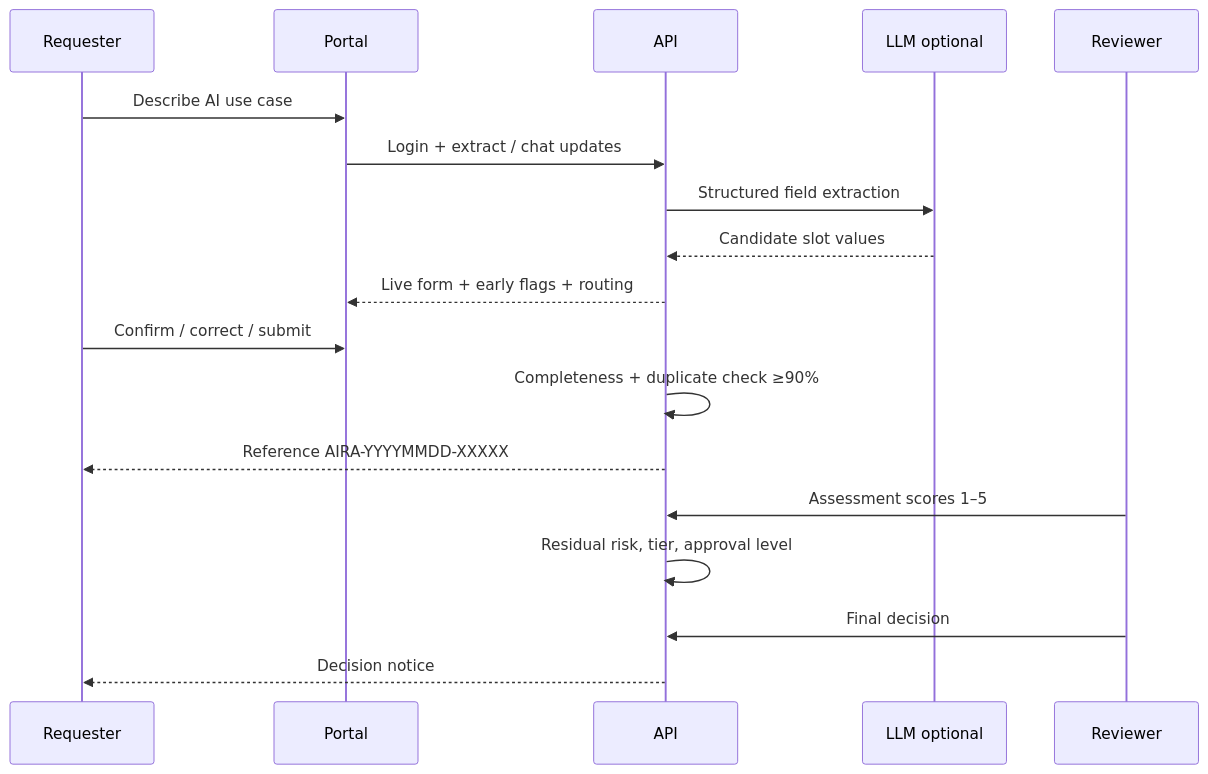
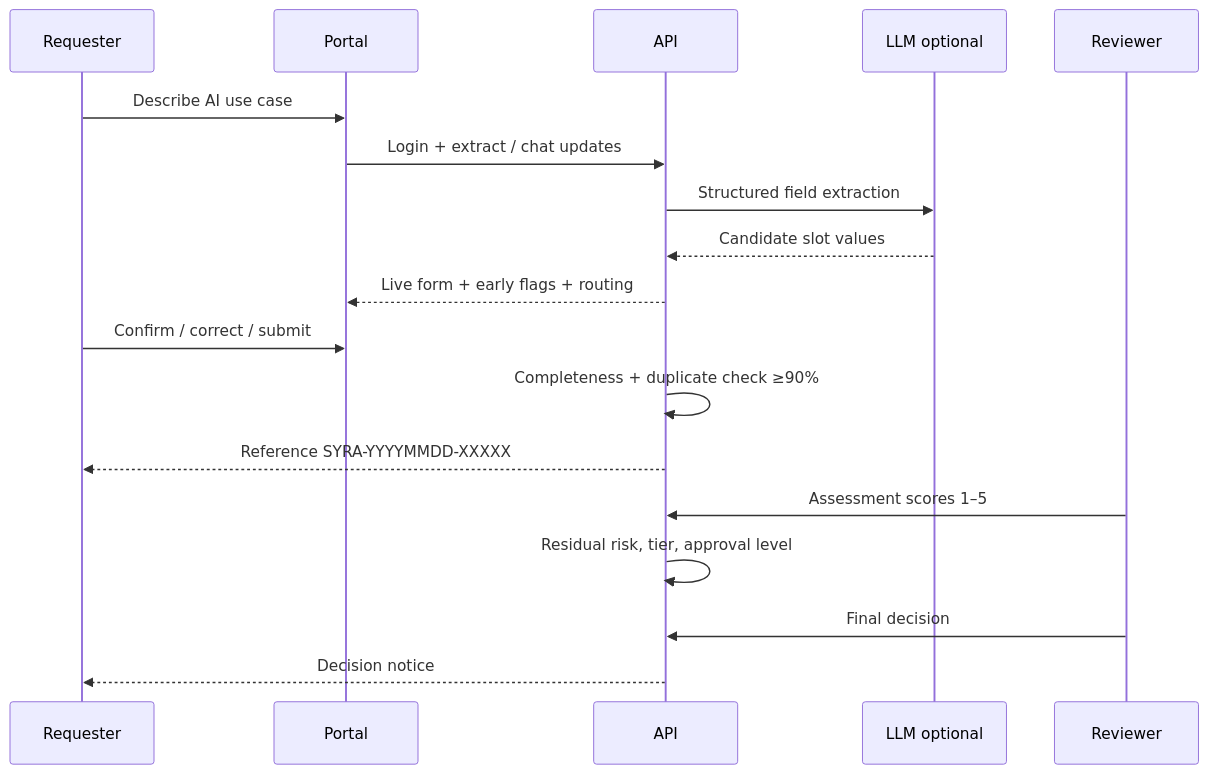
The second of 2 diagrams in README.md (HamzaSattar9822/Jazz-AI-Risk-Assessment), drawn with Mermaid before and after one commit. The commit also changed other lines of this file and 11 other files, not shown here.

````diff
--- a/README.md
+++ b/README.md
@@ -65,21 +65,21 @@
 ```mermaid
 sequenceDiagram
   participant U as Requester
   participant P as Portal
   participant A as API
   participant L as LLM optional
   participant R as Reviewer
 
   U->>P: Describe AI use case
   P->>A: Login + extract / chat updates
   A->>L: Structured field extraction
   L-->>A: Candidate slot values
   A-->>P: Live form + early flags + routing
   U->>P: Confirm / correct / submit
   A->>A: Completeness + duplicate check ≥90%
-  A-->>U: Reference AIRA-YYYYMMDD-XXXXX
+  A-->>U: Reference SYRA-YYYYMMDD-XXXXX
   R->>A: Assessment scores 1–5
   A->>A: Residual risk, tier, approval level
   R->>A: Final decision
   A-->>U: Decision notice
 ```
````
